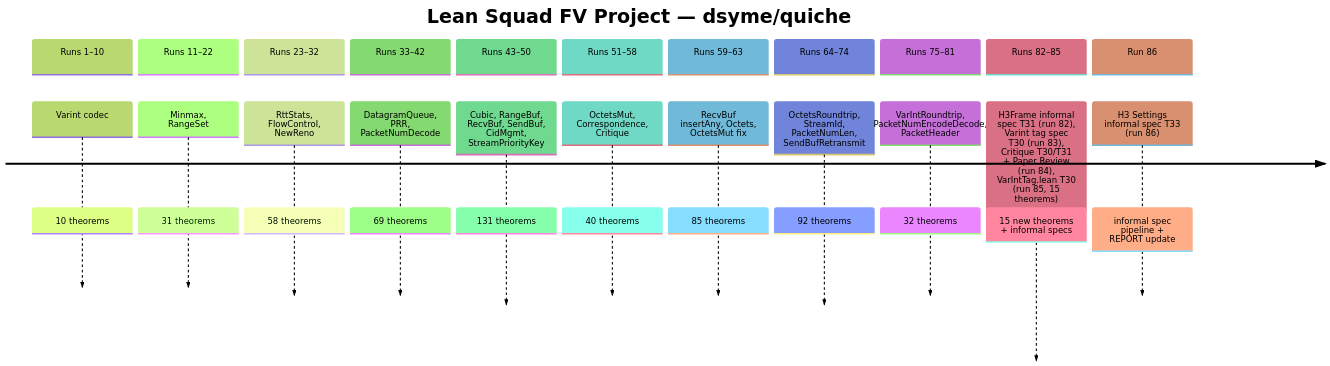
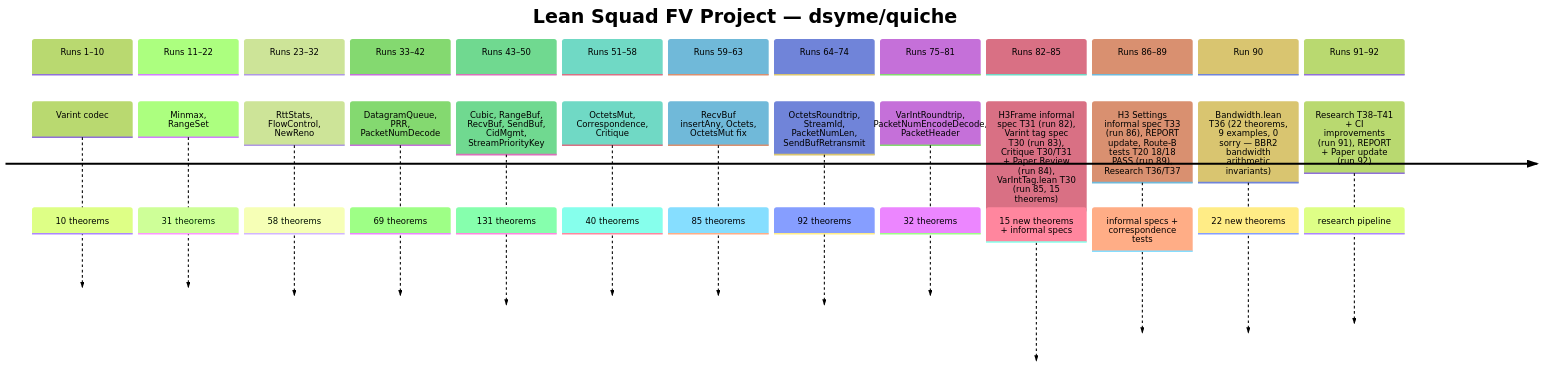
Before and after one commit to dsyme/quiche: the seventh of 7 diagrams in formal-verification/REPORT.md, drawn with Mermaid (forest theme). The commit also changed other lines of this file and 1 other file, not shown here.

First line of the commit message:
feat(fv): Task 10+11 — REPORT.md + paper.tex update to 26 files / 555 theorems (run 92)

````diff
--- a/formal-verification/REPORT.md
+++ b/formal-verification/REPORT.md
@@ -334,26 +345,30 @@
 ```mermaid
 timeline
     title Lean Squad FV Project — dsyme/quiche
     section Runs 1–10
         Varint codec : 10 theorems
     section Runs 11–22
         Minmax, RangeSet : 31 theorems
     section Runs 23–32
         RttStats, FlowControl, NewReno : 58 theorems
     section Runs 33–42
         DatagramQueue, PRR, PacketNumDecode : 69 theorems
     section Runs 43–50
         Cubic, RangeBuf, RecvBuf, SendBuf, CidMgmt, StreamPriorityKey : 131 theorems
     section Runs 51–58
         OctetsMut, Correspondence, Critique : 40 theorems
     section Runs 59–63
         RecvBuf insertAny, Octets, OctetsMut fix : 85 theorems
     section Runs 64–74
         OctetsRoundtrip, StreamId, PacketNumLen, SendBufRetransmit : 92 theorems
     section Runs 75–81
         VarIntRoundtrip, PacketNumEncodeDecode, PacketHeader : 32 theorems
     section Runs 82–85
         H3Frame informal spec T31 (run 82), Varint tag spec T30 (run 83), Critique T30/T31 + Paper Review (run 84), VarIntTag.lean T30 (run 85, 15 theorems) : 15 new theorems + informal specs
-    section Run 86
-        H3 Settings informal spec T33 (run 86) : informal spec pipeline + REPORT update
+    section Runs 86–89
+        H3 Settings informal spec T33 (run 86), REPORT update, Route-B tests T20 18/18 PASS (run 89), Research T36/T37 : informal specs + correspondence tests
+    section Run 90
+        Bandwidth.lean T36 (22 theorems, 9 examples, 0 sorry — BBR2 bandwidth arithmetic invariants) : 22 new theorems
+    section Runs 91–92
+        Research T38–T41 + CI improvements (run 91), REPORT + Paper update (run 92) : research pipeline
 ```
````
